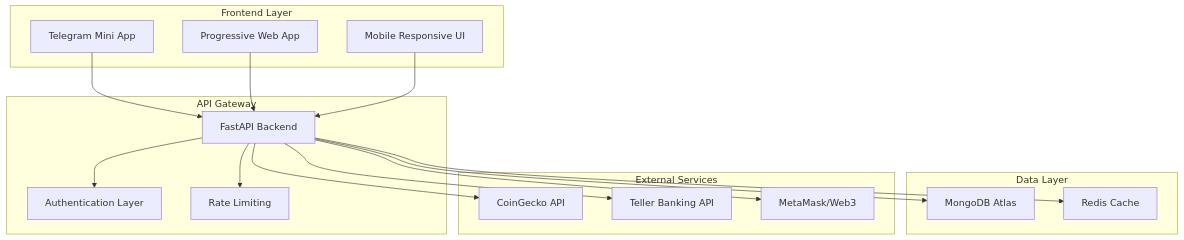
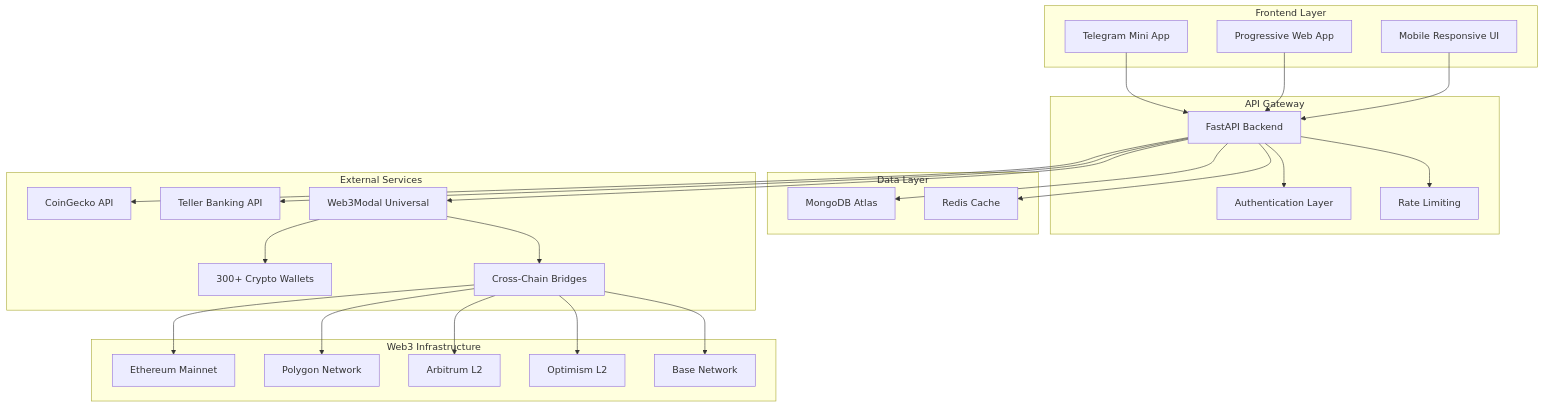
The first of 4 diagrams in docs/ARCHITECTURE.md (VonArtis/TG-Mini-App), drawn with Mermaid before and after one commit. The commit also changed other lines of this file and 2 other files, not shown here.

First line of the commit message:
📚 DOCUMENTATION: Web3 Revolution - 100% Wallet Coverage

````diff
--- a/docs/ARCHITECTURE.md
+++ b/docs/ARCHITECTURE.md
@@ -11,36 +11,53 @@
 ```mermaid
 graph TB
     subgraph "Frontend Layer"
         A[Telegram Mini App]
         B[Progressive Web App]
         C[Mobile Responsive UI]
     end
     
     subgraph "API Gateway"
         D[FastAPI Backend]
         E[Authentication Layer]
         F[Rate Limiting]
     end
     
     subgraph "Data Layer"
         G[MongoDB Atlas]
         H[Redis Cache]
     end
     
     subgraph "External Services"
         I[CoinGecko API]
         J[Teller Banking API]
-        K[MetaMask/Web3]
+        K[Web3Modal Universal]
+        L[300+ Crypto Wallets]
+        M[Cross-Chain Bridges]
+    end
+    
+    subgraph "Web3 Infrastructure"
+        N[Ethereum Mainnet]
+        O[Polygon Network]
+        P[Arbitrum L2]
+        Q[Optimism L2]
+        R[Base Network]
     end
     
     A --> D
     B --> D
     C --> D
     D --> E
     D --> F
     D --> G
     D --> H
     D --> I
     D --> J
     D --> K
+    K --> L
+    K --> M
+    M --> N
+    M --> O
+    M --> P
+    M --> Q
+    M --> R
 ```
````
